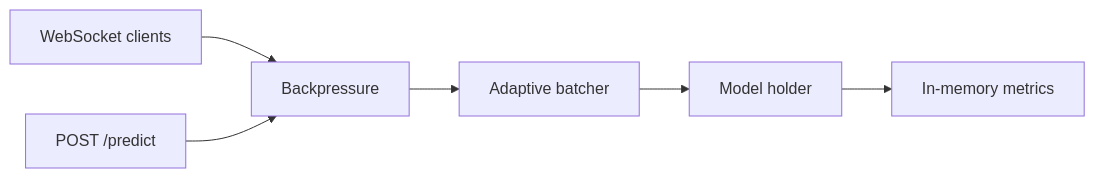
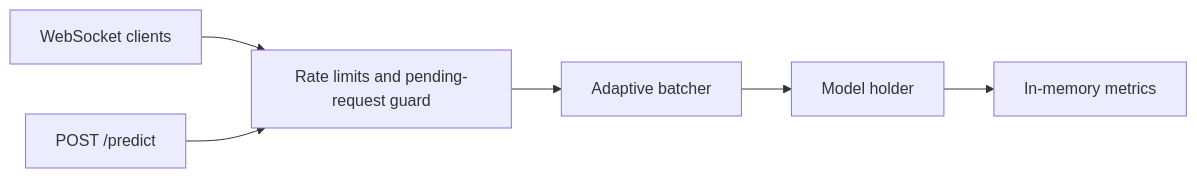
One commit to GoparapukethaN/streaminfer changed the diagram in README.md. Above: the diagram before and after it, drawn with Mermaid. The commit also changed other lines of this file and 16 other files, not shown here.

````diff
--- a/README.md
+++ b/README.md
@@ -28,8 +29,8 @@
 ```mermaid
 flowchart LR
-    WS["WebSocket clients"] --> BP["Backpressure"]
+    WS["WebSocket clients"] --> BP["Rate limits and pending-request guard"]
     HTTP["POST /predict"] --> BP
     BP --> Batch["Adaptive batcher"]
     Batch --> Model["Model holder"]
     Model --> Metrics["In-memory metrics"]
 ```
````
